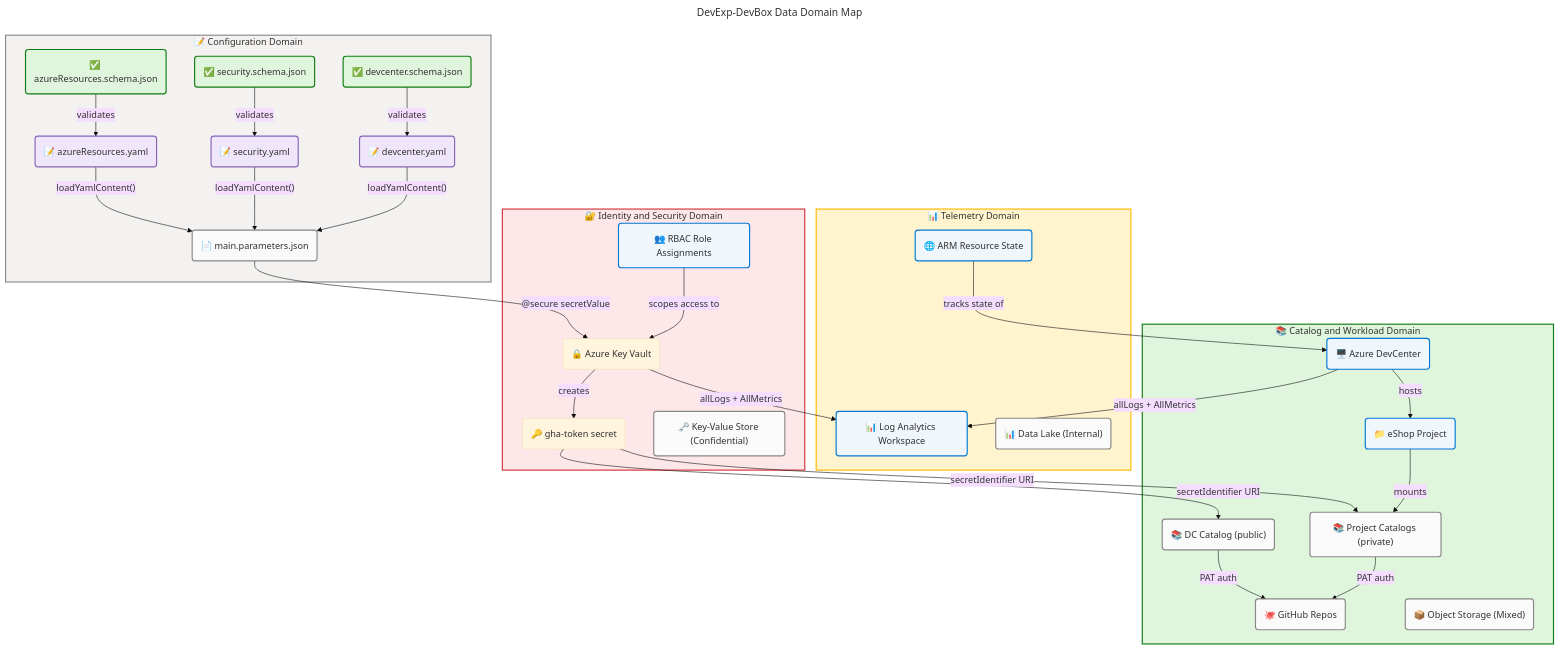
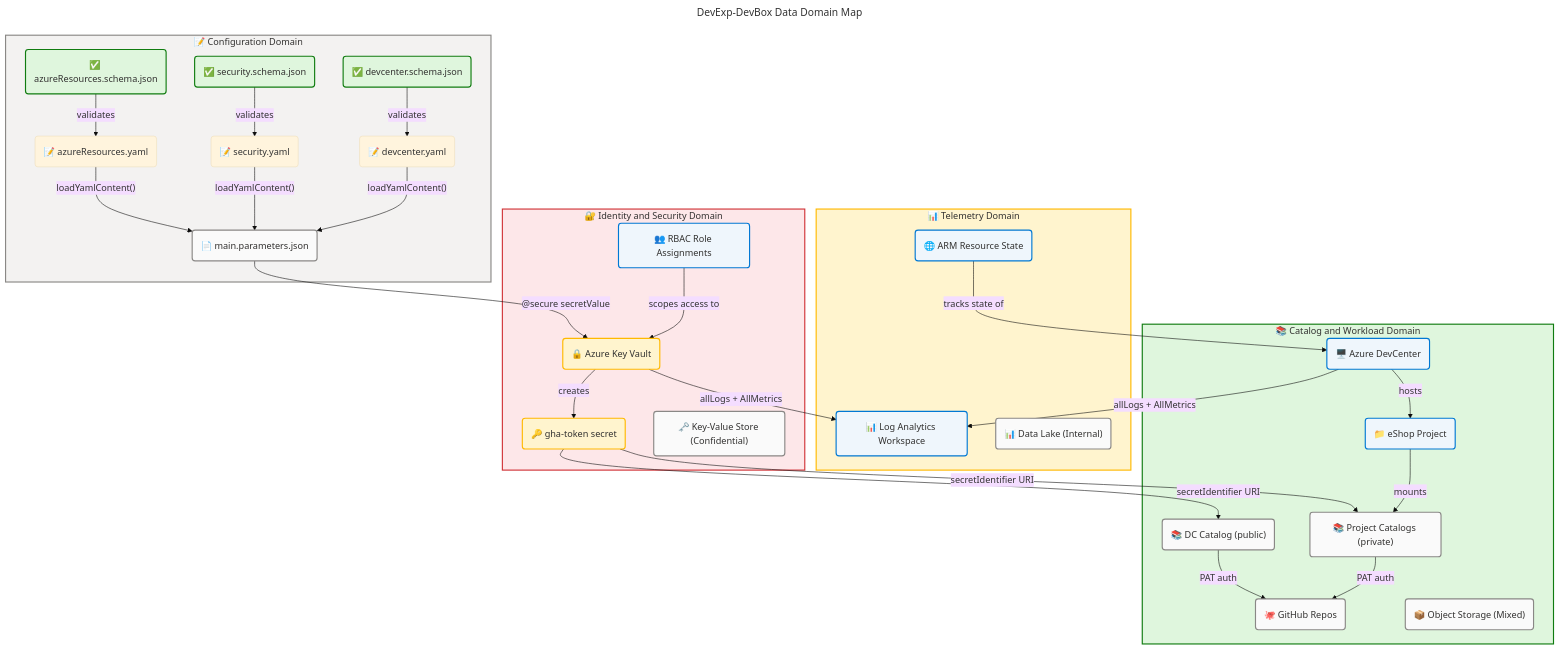
Before and after one commit to Evilazaro/DevExp-DevBox: the first of 5 diagrams in docs/architecture/data-architecture.md, drawn with Mermaid. The commit also changed other lines of this file, not shown here.

Commit message:
refactor: Update Mermaid diagram styles for improved visual distinction in deployment and GitHub sections

```diff
--- a/docs/architecture/data-architecture.md
+++ b/docs/architecture/data-architecture.md
@@ -312,9 +312,8 @@
 
     %% Centralized classDef declarations
     classDef core fill:#EFF6FC,stroke:#0078D4,stroke-width:2px,color:#323130
-    classDef data fill:#F0E6FA,stroke:#8764B8,stroke-width:2px,color:#323130
     classDef success fill:#DFF6DD,stroke:#107C10,stroke-width:2px,color:#323130
-    classDef external fill:#E0F7F7,stroke:#038387,stroke-width:2px,color:#323130
+    classDef warning fill:#FFF4CE,stroke:#FFB900,stroke-width:2px,color:#323130
     classDef neutral fill:#FAFAFA,stroke:#8A8886,stroke-width:2px,color:#323130
 
     style configDomain fill:#F3F2F1,stroke:#8A8886,stroke-width:2px,color:#323130
```
